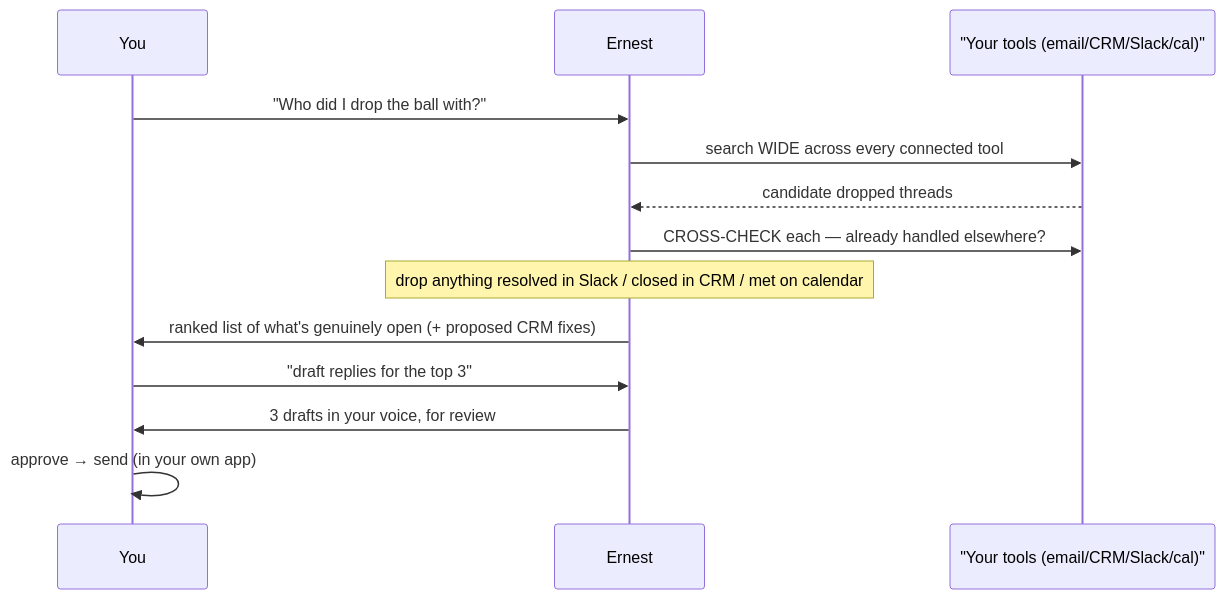
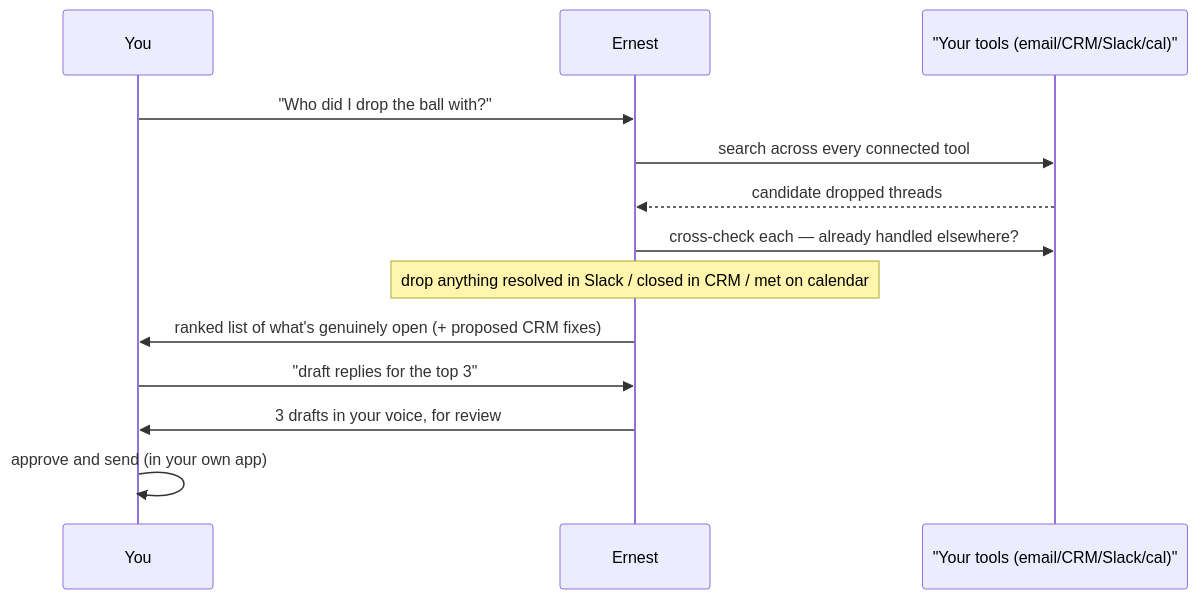
One commit to romaluev/ernest-cc changed the second of 7 diagrams in docs/guidebook.md. Above: the diagram before and after it, drawn with Mermaid. The commit also changed other lines of this file and 6 other files, not shown here.

````diff
--- a/docs/guidebook.md
+++ b/docs/guidebook.md
@@ -52,15 +52,15 @@
 ```mermaid
 sequenceDiagram
     participant You
     participant Ernest
     participant Tools as "Your tools (email/CRM/Slack/cal)"
     You->>Ernest: "Who did I drop the ball with?"
-    Ernest->>Tools: search WIDE across every connected tool
+    Ernest->>Tools: search across every connected tool
     Tools-->>Ernest: candidate dropped threads
-    Ernest->>Tools: CROSS-CHECK each — already handled elsewhere?
+    Ernest->>Tools: cross-check each — already handled elsewhere?
     Note over Ernest: drop anything resolved in Slack / closed in CRM / met on calendar
     Ernest->>You: ranked list of what's genuinely open (+ proposed CRM fixes)
     You->>Ernest: "draft replies for the top 3"
     Ernest->>You: 3 drafts in your voice, for review
-    You->>You: approve → send (in your own app)
+    You->>You: approve and send (in your own app)
 ```
````
